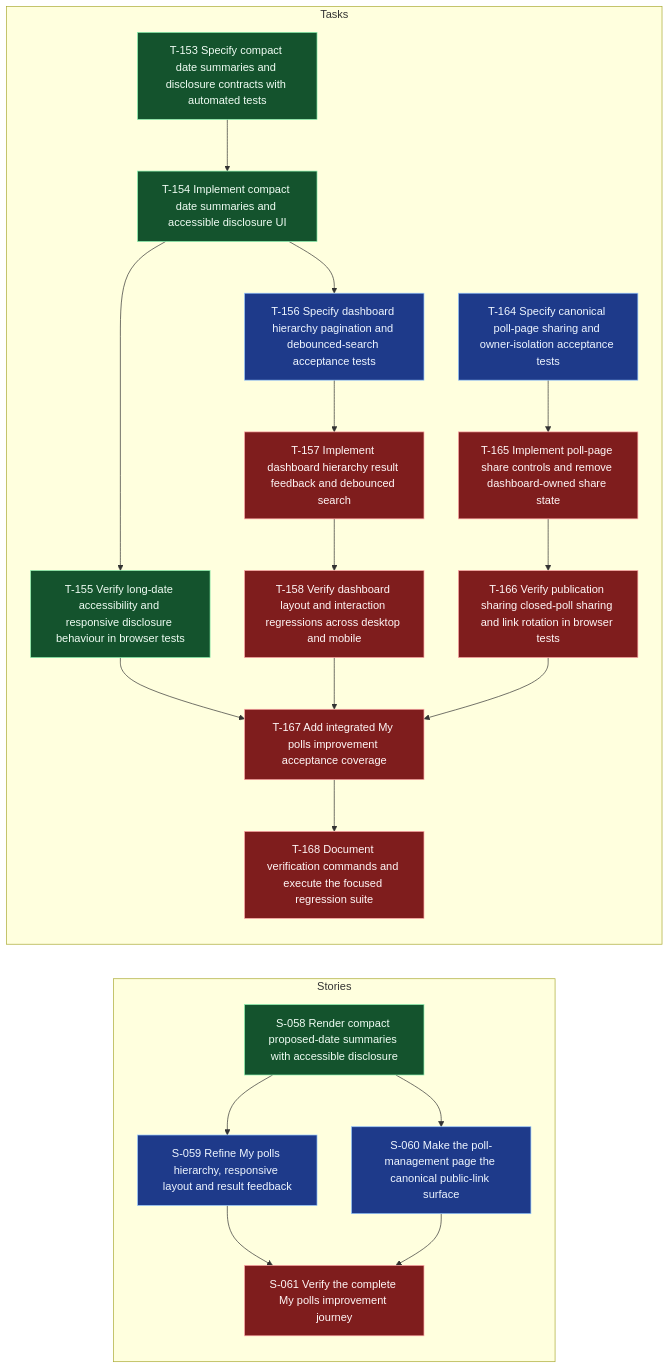
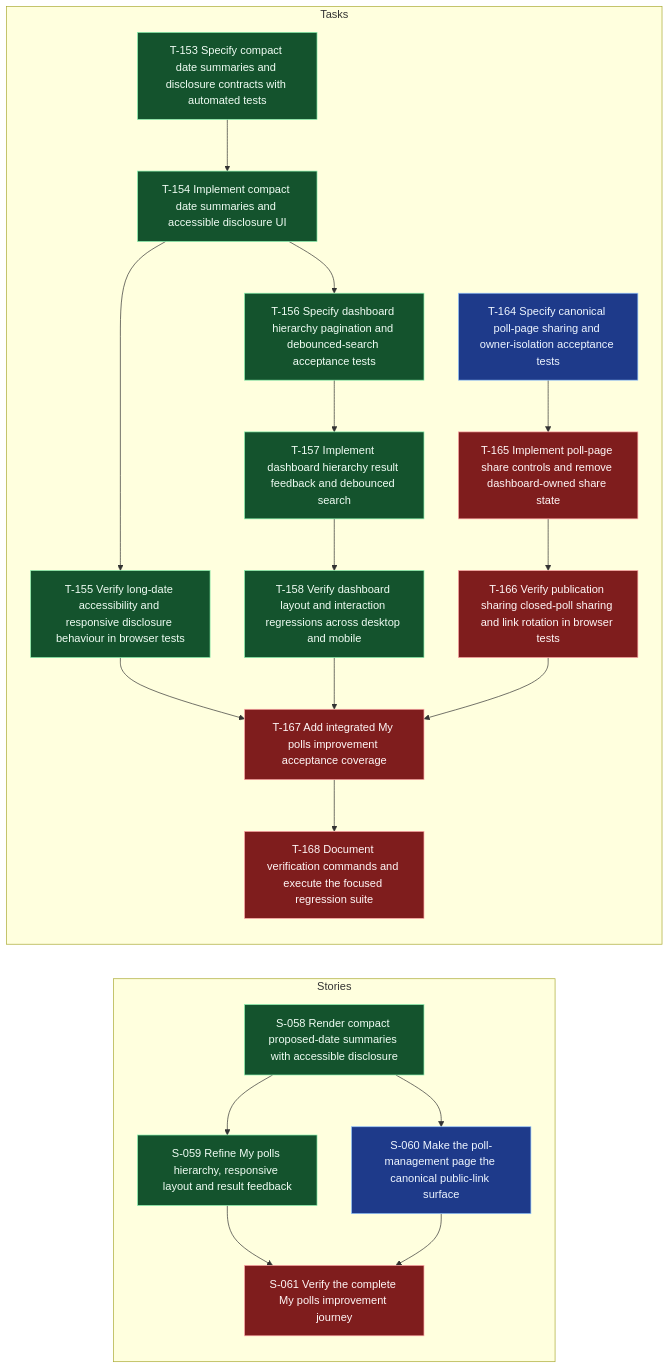
One commit to andybalham/invite-agent changed the diagram in .worktracker/graphs/E-016.mmd. Above: the diagram before and after it, drawn with Mermaid. The commit also changed 12 other files, not shown here.

Commit message:
feat: update task statuses and enhance My Polls dashboard with loading indicators and search debounce functionality

```diff
--- a/.worktracker/graphs/E-016.mmd
+++ b/.worktracker/graphs/E-016.mmd
@@ -1,55 +1,55 @@
 graph LR
   classDef done fill:#14532d,stroke:#86efac,color:#f0fdf4;
   classDef blocked fill:#7f1d1d,stroke:#fca5a5,color:#fff7f7;
   classDef inprogress fill:#78350f,stroke:#fbbf24,color:#fffbeb;
   classDef todo fill:#1e3a8a,stroke:#93c5fd,color:#eff6ff;
   classDef empty fill:#374151,stroke:#d1d5db,color:#f9fafb,stroke-dasharray: 3 3;
   subgraph Stories
     S058["S-058 Render compact proposed-date summaries with accessible disclosure"]:::done
-    S059["S-059 Refine My polls hierarchy, responsive layout and result feedback"]:::todo
+    S059["S-059 Refine My polls hierarchy, responsive layout and result feedback"]:::done
     S060["S-060 Make the poll-management page the canonical public-link surface"]:::todo
     S061["S-061 Verify the complete My polls improvement journey"]:::blocked
     S058 --> S059
     S058 --> S060
     S059 --> S061
     S060 --> S061
   end
   subgraph Tasks
     T153["T-153 Specify compact date summaries and disclosure contracts with automated tests"]:::done
     T154["T-154 Implement compact date summaries and accessible disclosure UI"]:::done
     T155["T-155 Verify long-date accessibility and responsive disclosure behaviour in browser tests"]:::done
-    T156["T-156 Specify dashboard hierarchy pagination and debounced-search acceptance tests"]:::todo
-    T157["T-157 Implement dashboard hierarchy result feedback and debounced search"]:::blocked
-    T158["T-158 Verify dashboard layout and interaction regressions across desktop and mobile"]:::blocked
+    T156["T-156 Specify dashboard hierarchy pagination and debounced-search acceptance tests"]:::done
+    T157["T-157 Implement dashboard hierarchy result feedback and debounced search"]:::done
+    T158["T-158 Verify dashboard layout and interaction regressions across desktop and mobile"]:::done
     T164["T-164 Specify canonical poll-page sharing and owner-isolation acceptance tests"]:::todo
     T165["T-165 Implement poll-page share controls and remove dashboard-owned share state"]:::blocked
     T166["T-166 Verify publication sharing closed-poll sharing and link rotation in browser tests"]:::blocked
     T167["T-167 Add integrated My polls improvement acceptance coverage"]:::blocked
     T168["T-168 Document verification commands and execute the focused regression suite"]:::blocked
     T153 --> T154
     T154 --> T155
     T154 --> T156
     T155 --> T167
     T156 --> T157
     T157 --> T158
     T158 --> T167
     T164 --> T165
     T165 --> T166
     T166 --> T167
     T167 --> T168
   end
   click S058 "../entities/S-058-render-compact-proposed-date-summaries-with-accessible-disclosure.md"
   click S059 "../entities/S-059-refine-my-polls-hierarchy-responsive-layout-and-result-feedback.md"
   click S060 "../entities/S-060-make-the-poll-management-page-the-canonical-public-link-surface.md"
   click S061 "../entities/S-061-verify-the-complete-my-polls-improvement-journey.md"
   click T153 "../entities/T-153-specify-compact-date-summaries-and-disclosure-contracts-with-automated-tests.md"
   click T154 "../entities/T-154-implement-compact-date-summaries-and-accessible-disclosure-ui.md"
   click T155 "../entities/T-155-verify-long-date-accessibility-and-responsive-disclosure-behaviour-in-browser-tests.md"
   click T156 "../entities/T-156-specify-dashboard-hierarchy-pagination-and-debounced-search-acceptance-tests.md"
   click T157 "../entities/T-157-implement-dashboard-hierarchy-result-feedback-and-debounced-search.md"
   click T158 "../entities/T-158-verify-dashboard-layout-and-interaction-regressions-across-desktop-and-mobile.md"
   click T164 "../entities/T-164-specify-canonical-poll-page-sharing-and-owner-isolation-acceptance-tests.md"
   click T165 "../entities/T-165-implement-poll-page-share-controls-and-remove-dashboard-owned-share-state.md"
   click T166 "../entities/T-166-verify-publication-sharing-closed-poll-sharing-and-link-rotation-in-browser-tests.md"
   click T167 "../entities/T-167-add-integrated-my-polls-improvement-acceptance-coverage.md"
   click T168 "../entities/T-168-document-verification-commands-and-execute-the-focused-regression-suite.md"
```
